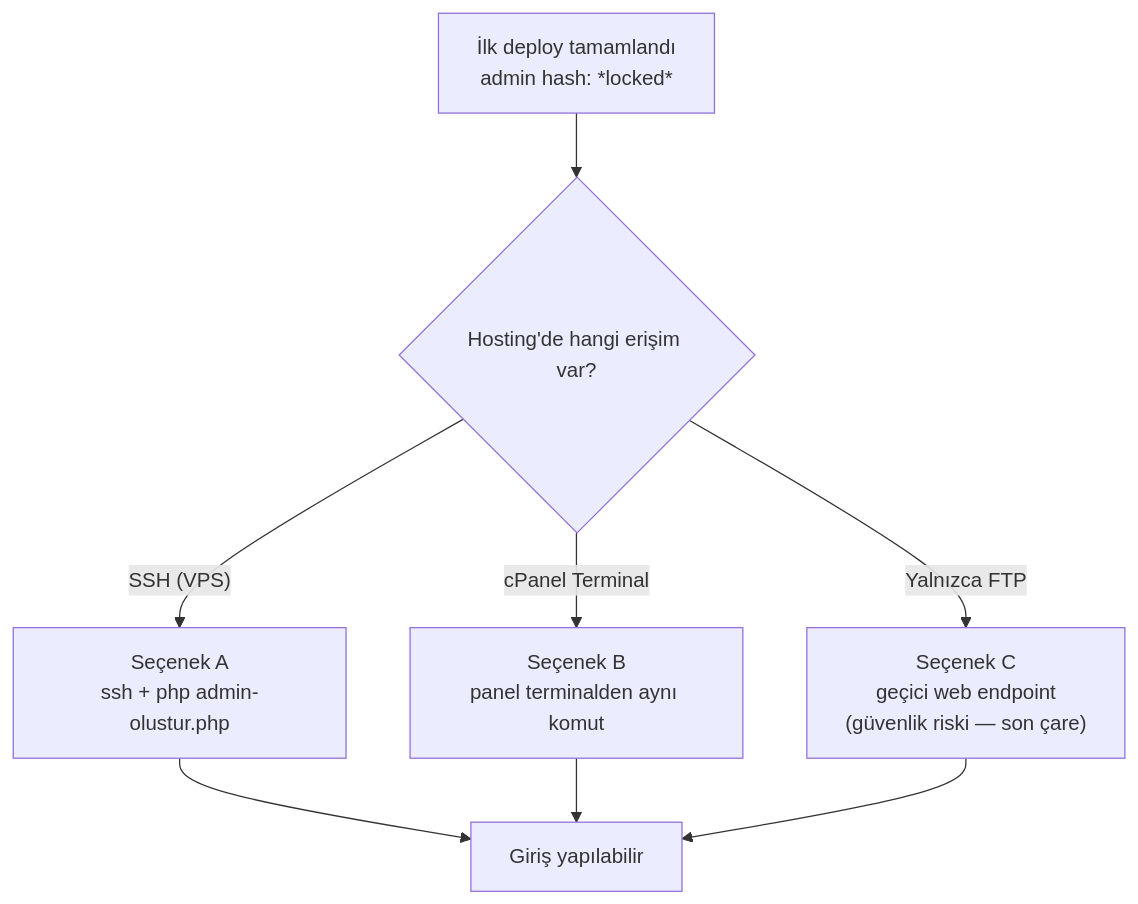
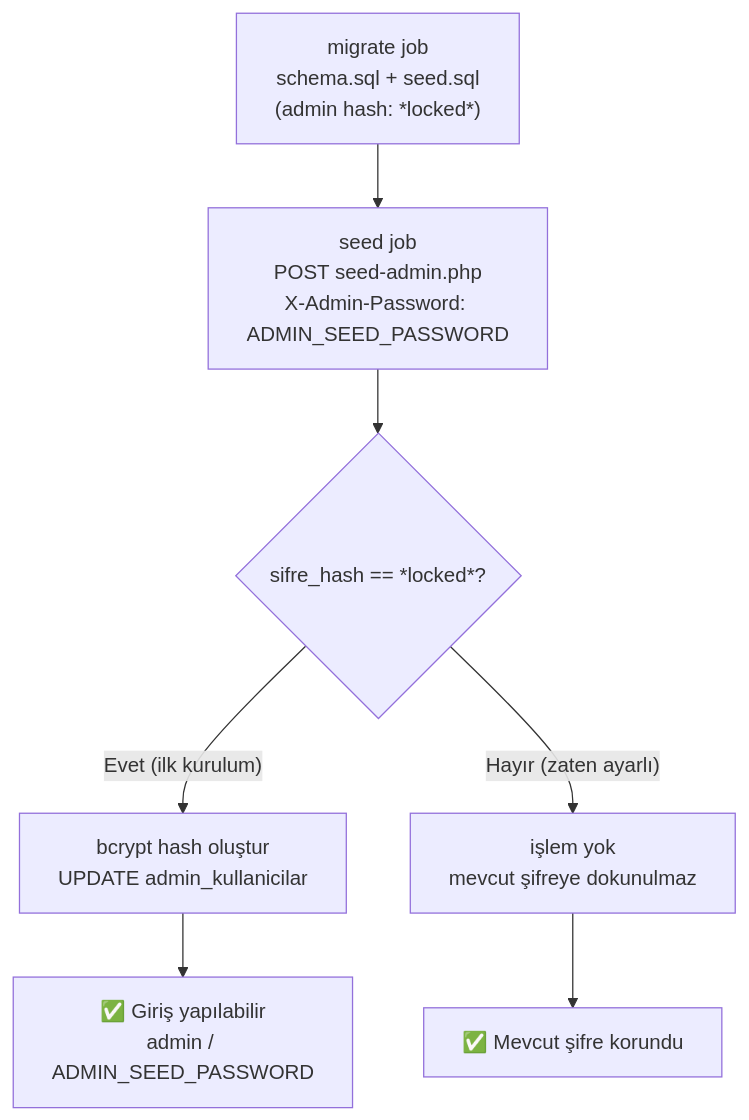
The fifth of 8 diagrams in .github/SECRETS_KURULUM.md (cemililik/Ferizli-lkadim-Akademi), drawn with Mermaid before and after one commit. The commit also changed other lines of this file and 3 other files, not shown here.

Commit message:
feat: Add admin password seeding functionality and update deployment workflow

````diff
--- a/.github/SECRETS_KURULUM.md
+++ b/.github/SECRETS_KURULUM.md
@@ -205,10 +282,9 @@
 ```mermaid
 flowchart TD
-  A["İlk deploy tamamlandı<br/>admin hash: *locked*"] --> B{"Hosting'de hangi erişim var?"}
-  B -->|"SSH (VPS)"| C["Seçenek A<br/>ssh + php admin-olustur.php"]
-  B -->|"cPanel Terminal"| D["Seçenek B<br/>panel terminalden aynı komut"]
-  B -->|"Yalnızca FTP"| E["Seçenek C<br/>geçici web endpoint<br/>(güvenlik riski — son çare)"]
-  C --> Z["Giriş yapılabilir"]
-  D --> Z
-  E --> Z
+  M["migrate job<br/>schema.sql + seed.sql<br/>(admin hash: *locked*)"] --> S["seed job<br/>POST seed-admin.php<br/>X-Admin-Password: ADMIN_SEED_PASSWORD"]
+  S --> S1{"sifre_hash == *locked*?"}
+  S1 -->|"Evet (ilk kurulum)"| S2["bcrypt hash oluştur<br/>UPDATE admin_kullanicilar"]
+  S1 -->|"Hayır (zaten ayarlı)"| S3["işlem yok<br/>mevcut şifreye dokunulmaz"]
+  S2 --> Z["✅ Giriş yapılabilir<br/>admin / ADMIN_SEED_PASSWORD"]
+  S3 --> Z2["✅ Mevcut şifre korundu"]
 ```
````
